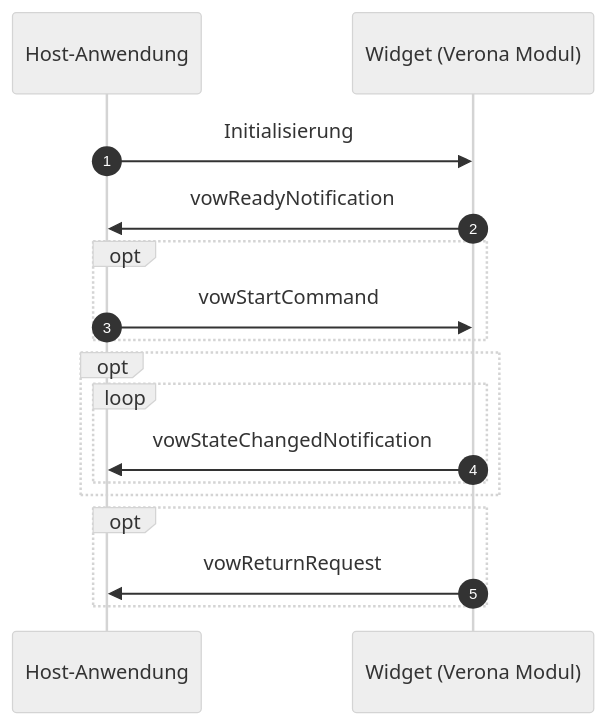
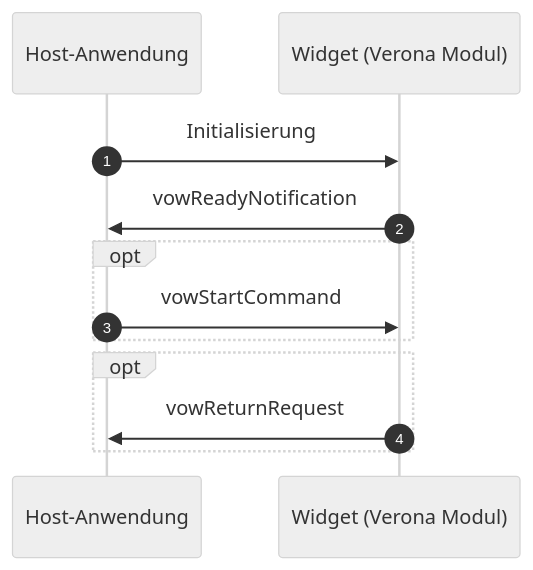
Before and after one commit to verona-interfaces/verona-interfaces.github.io: the diagram in widget-docs/index.qmd, drawn with Mermaid (neutral theme). The commit also changed other lines of this file and 2 other files, not shown here.

````diff
--- a/widget-docs/index.qmd
+++ b/widget-docs/index.qmd
@@ -31,19 +29,14 @@
 ```{mermaid}
 sequenceDiagram
     autonumber
     participant HA as Host-Anwendung
     participant VM as Widget (Verona Modul)
     HA->>VM:Initialisierung
     VM->>HA:vowReadyNotification
     opt
         HA->>VM:vowStartCommand
     end
     opt
-        loop
-            VM->>HA:vowStateChangedNotification
-        end
-    end
-    opt
         VM->>HA:vowReturnRequest
     end
 ```
````
